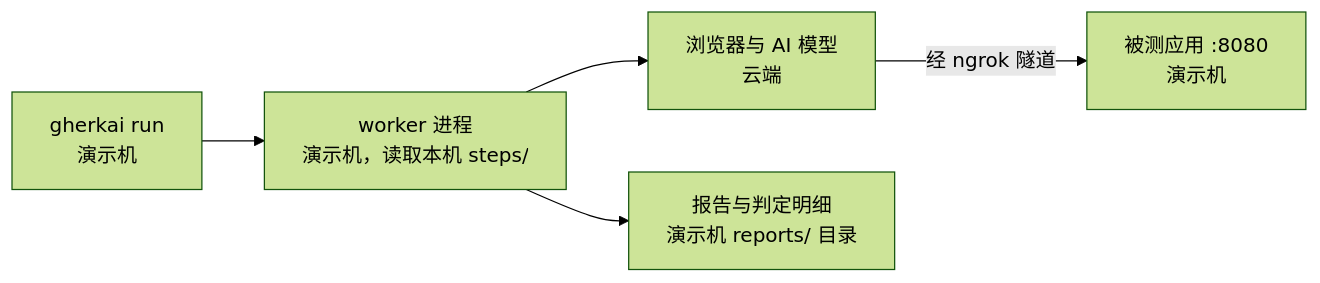
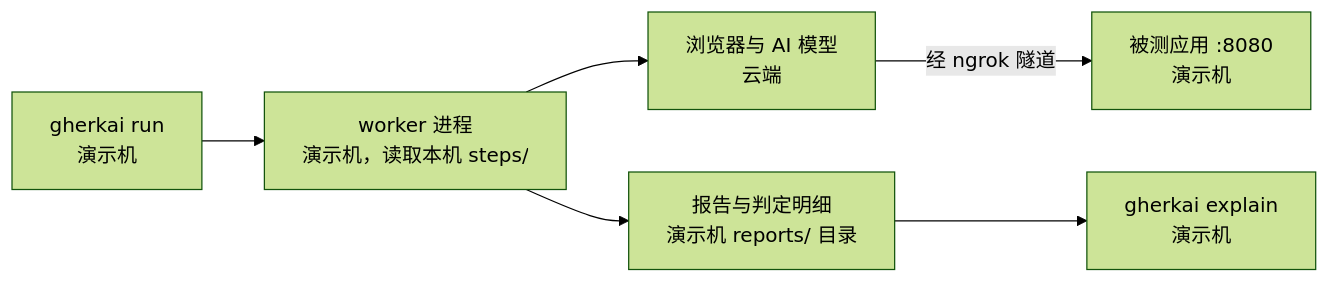
Before and after one commit to zhiyanliu/gherkai-webapp-demo: the second of 3 diagrams in docs/demo-runbook.md, drawn with Mermaid (forest theme). The commit also changed other lines of this file, not shown here.

Commit message:
runbook 环境图：结果的读取以节点画进两条链（explain；status --wait 与 explain），去掉图前的文字说明

````diff
--- a/docs/demo-runbook.md
+++ b/docs/demo-runbook.md
@@ -68,5 +68,5 @@
 ```mermaid
 flowchart LR
     CLI["gherkai run<br/>演示机"] --> WK["worker 进程<br/>演示机，读取本机 steps/"] --> BR["浏览器与 AI 模型<br/>云端"] -- "经 ngrok 隧道" --> APP["被测应用 :8080<br/>演示机"]
-    WK --> REP["报告与判定明细<br/>演示机 reports/ 目录"]
+    WK --> REP["报告与判定明细<br/>演示机 reports/ 目录"] --> RD["gherkai explain<br/>演示机"]
 ```
````
